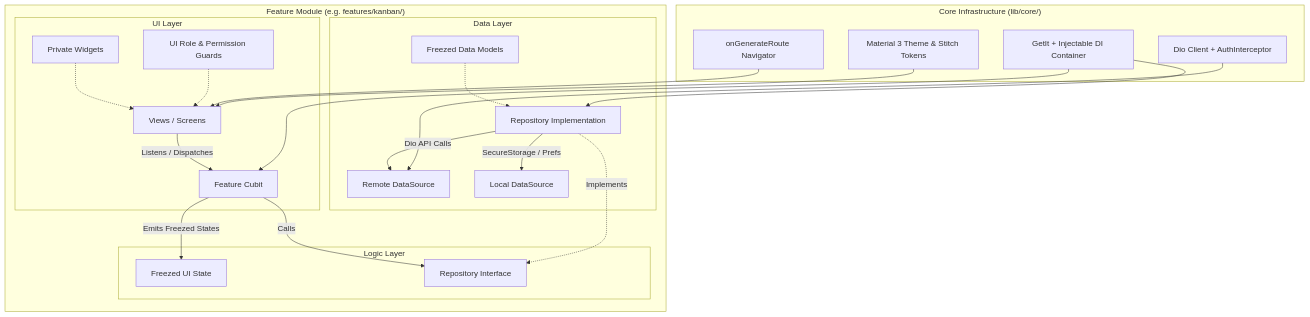
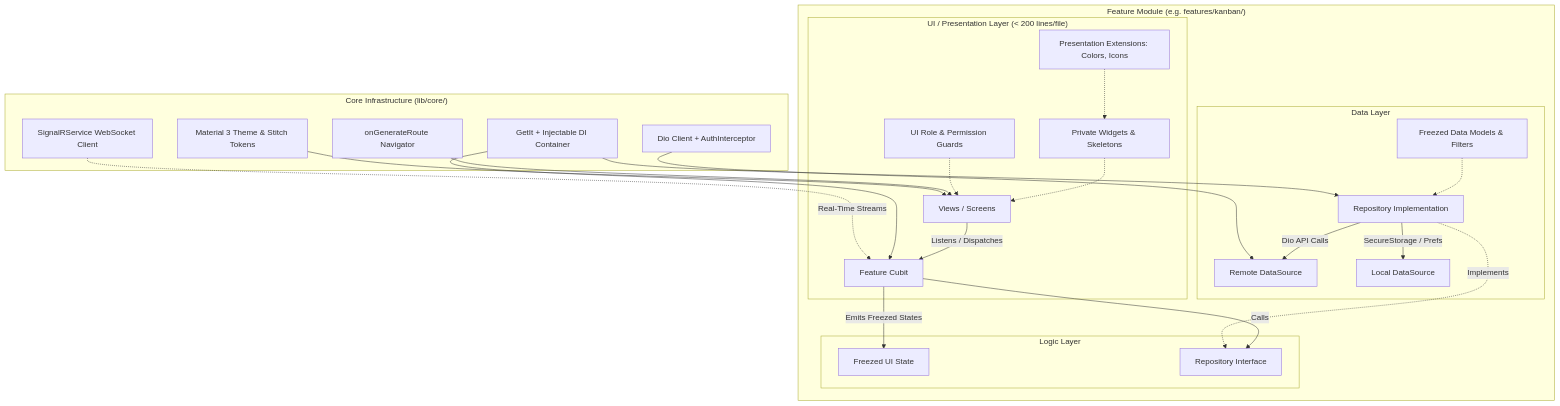
One commit to Clark605/ProjectHub changed the first of 3 diagrams in client/README.md. Above: the diagram before and after it, drawn with Mermaid. The commit also changed other lines of this file and 8 other files, not shown here.

````diff
--- a/client/README.md
+++ b/client/README.md
@@ -52,30 +54,32 @@
 ```mermaid
 graph TD
     subgraph Feature ["Feature Module (e.g. features/kanban/)"]
-        subgraph UI ["UI Layer"]
+        subgraph UI ["UI / Presentation Layer (< 200 lines/file)"]
             View[Views / Screens] -->|Listens / Dispatches| Cubit[Feature Cubit]
-            CustomWidgets[Private Widgets] -.-> View
+            CustomWidgets[Private Widgets & Skeletons] -.-> View
             RoleGuards[UI Role & Permission Guards] -.-> View
+            UIExt[Presentation Extensions: Colors, Icons] -.-> CustomWidgets
         end
 
         subgraph Logic ["Logic Layer"]
             Cubit -->|Emits Freezed States| State[Freezed UI State]
             Cubit -->|Calls| ReposInterface[Repository Interface]
         end
 
         subgraph Data ["Data Layer"]
             ReposImpl[Repository Implementation] -.->|Implements| ReposInterface
             ReposImpl -->|Dio API Calls| RemoteDS[Remote DataSource]
             ReposImpl -->|SecureStorage / Prefs| LocalDS[Local DataSource]
-            FreezedModels[Freezed Data Models] -.-> ReposImpl
+            FreezedModels[Freezed Data Models & Filters] -.-> ReposImpl
         end
     end
 
     subgraph Core ["Core Infrastructure (lib/core/)"]
         DI[GetIt + Injectable DI Container] --> Cubit
         DI --> ReposImpl
+        SignalRService[SignalRService WebSocket Client] -.->|Real-Time Streams| Cubit
         Network[Dio Client + AuthInterceptor] --> RemoteDS
         AppRouter[onGenerateRoute Navigator] --> View
         Theme[Material 3 Theme & Stitch Tokens] --> View
     end
 ```
````
